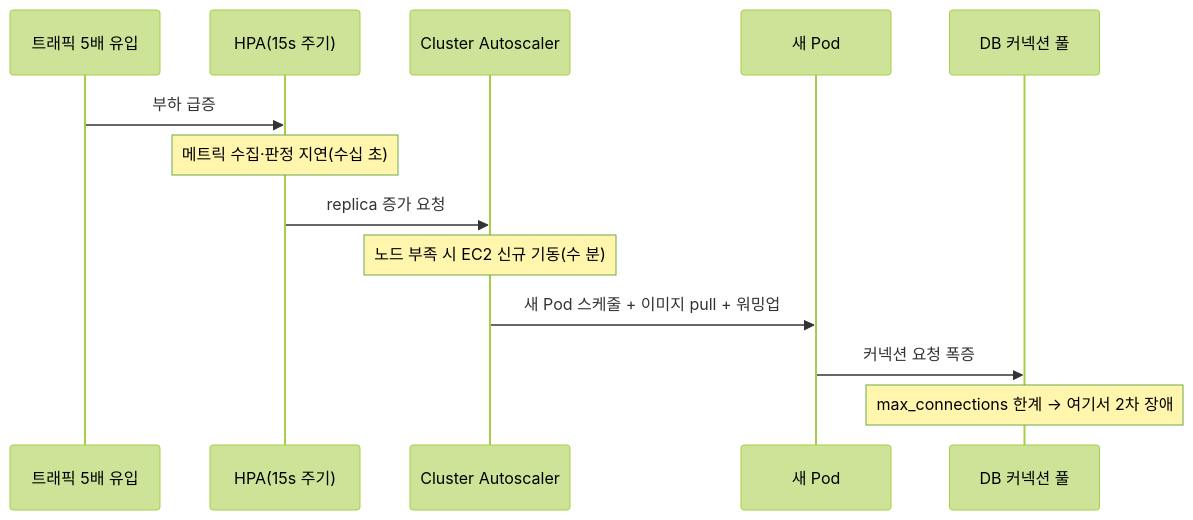
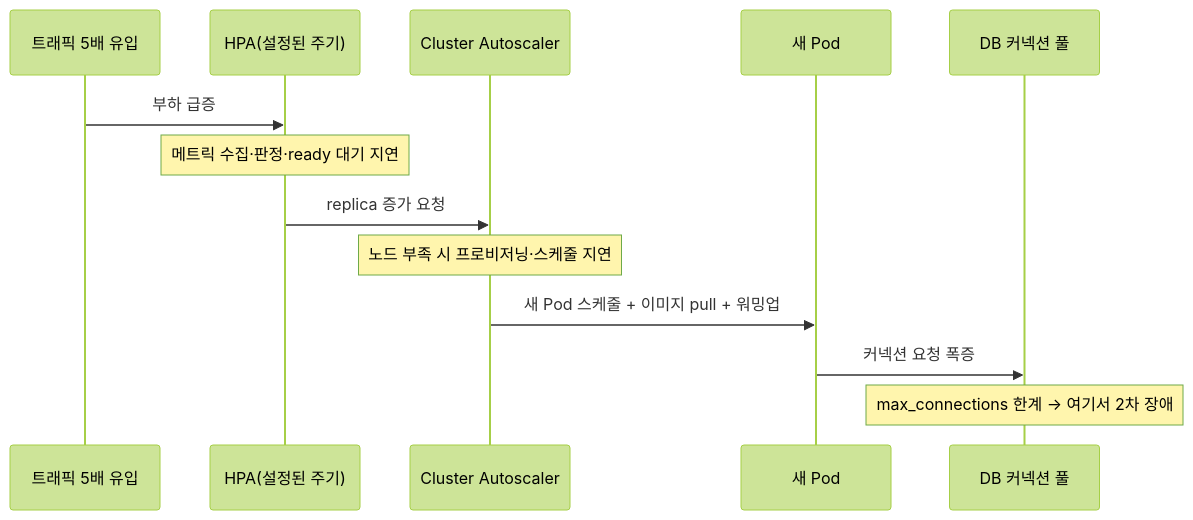
The third of 5 diagrams in apps/api/src/main/resources/content/infra-07-interview-incident.md (hyeongseoblim/systemdesign), drawn with Mermaid (forest theme) before and after one commit. The commit also changed other lines of this file and 96 other files, not shown here.

````diff
--- a/apps/api/src/main/resources/content/infra-07-interview-incident.md
+++ b/apps/api/src/main/resources/content/infra-07-interview-incident.md
@@ -120,15 +120,15 @@
 ```mermaid
 sequenceDiagram
     participant U as 트래픽 5배 유입
-    participant HPA as HPA(15s 주기)
+    participant HPA as HPA(설정된 주기)
     participant CA as Cluster Autoscaler
     participant Pod as 새 Pod
     participant DB as DB 커넥션 풀
     U->>HPA: 부하 급증
-    Note over HPA: 메트릭 수집·판정 지연(수십 초)
+    Note over HPA: 메트릭 수집·판정·ready 대기 지연
     HPA->>CA: replica 증가 요청
-    Note over CA: 노드 부족 시 EC2 신규 기동(수 분)
+    Note over CA: 노드 부족 시 프로비저닝·스케줄 지연
     CA->>Pod: 새 Pod 스케줄 + 이미지 pull + 워밍업
     Pod->>DB: 커넥션 요청 폭증
     Note over DB: max_connections 한계 → 여기서 2차 장애
 ```
````
